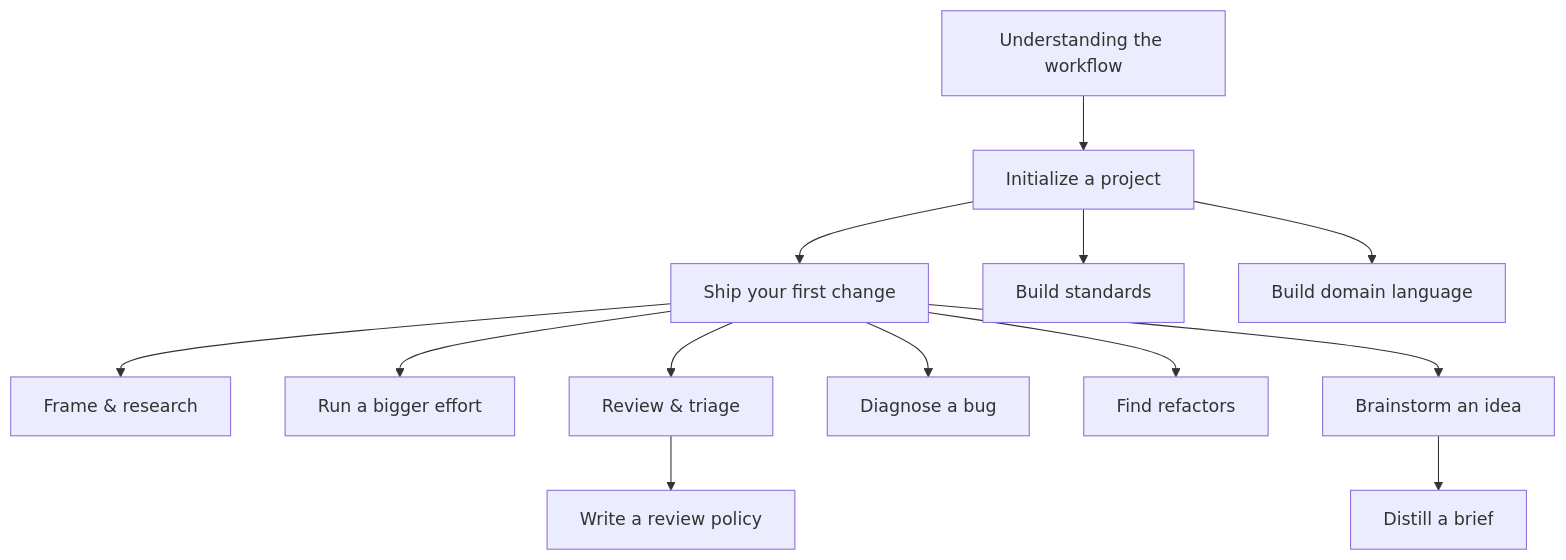
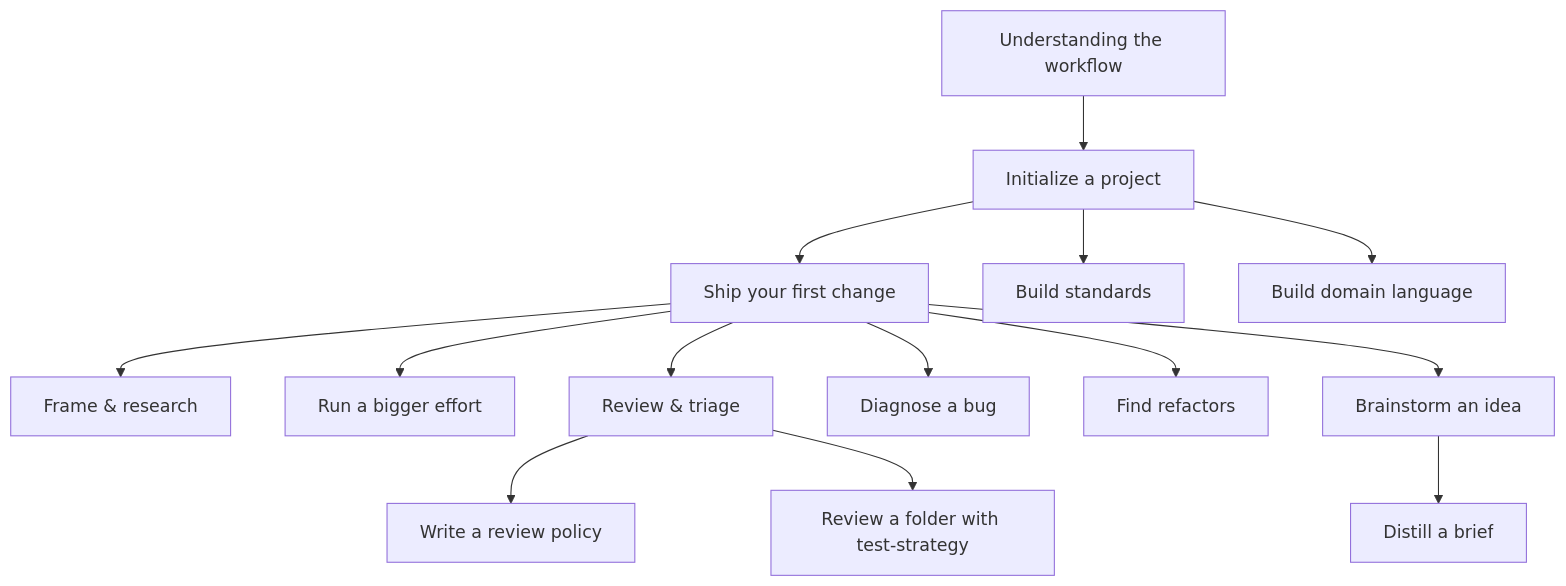
The diagram in docs/README.md (dikamilo/dx-workflow), drawn with Mermaid before and after one commit. The commit also changed other lines of this file and 15 other files, not shown here.

Commit message:
docs(test-strategy-policy): Docs, changeset, dogfood (p4)

````diff
--- a/docs/README.md
+++ b/docs/README.md
@@ -16,15 +16,16 @@
 ```mermaid
 flowchart TD
     A[Understanding the workflow] --> B[Initialize a project]
     B --> C[Ship your first change]
     C --> D[Frame & research]
     C --> E[Run a bigger effort]
     C --> F[Review & triage]
     B --> G[Build standards]
     B --> H[Build domain language]
     C --> I[Diagnose a bug]
     C --> J[Find refactors]
     C --> K[Brainstorm an idea]
     K --> L[Distill a brief]
     F --> M[Write a review policy]
+    F --> N[Review a folder with test-strategy]
 ```
````
